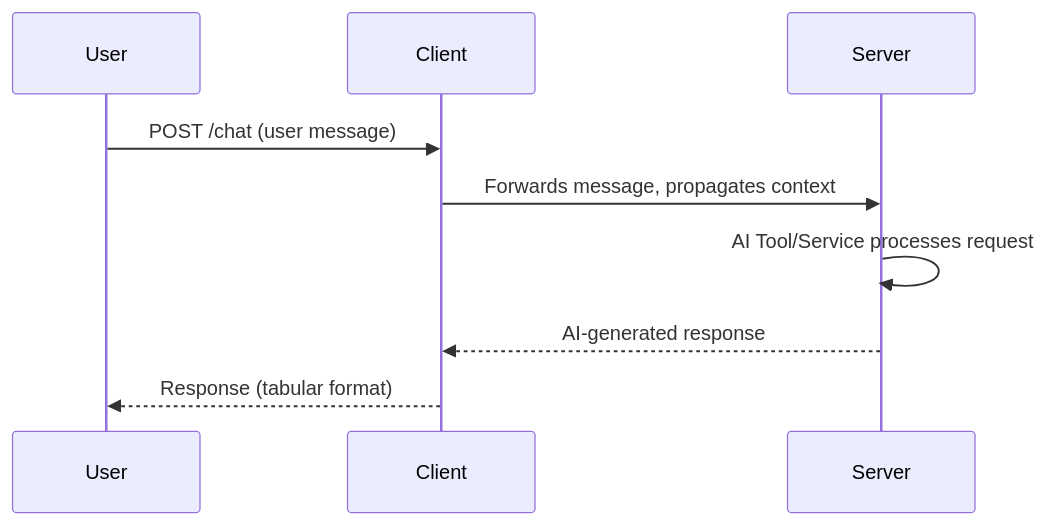
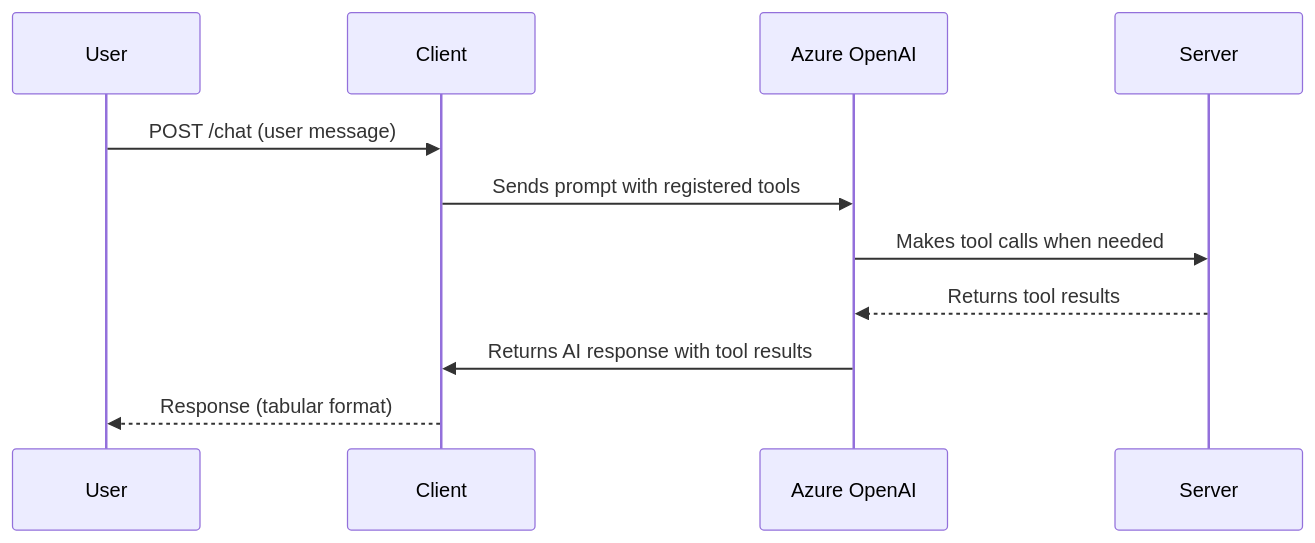
One commit to sp1986sp/mcp-client-server-azure changed the first of 2 diagrams in README.md. Above: the diagram before and after it, drawn with Mermaid.

````diff
--- a/README.md
+++ b/README.md
@@ -70,11 +70,13 @@
 ```mermaid
 sequenceDiagram
     participant User
     participant Client
+    participant AI as Azure OpenAI
     participant Server
     User->>Client: POST /chat (user message)
-    Client->>Server: Forwards message, propagates context
-    Server->>Server: AI Tool/Service processes request
-    Server-->>Client: AI-generated response
+    Client->>AI: Sends prompt with registered tools
+    AI->>Server: Makes tool calls when needed
+    Server-->>AI: Returns tool results
+    AI->>Client: Returns AI response with tool results
     Client-->>User: Response (tabular format)
 ```
````
